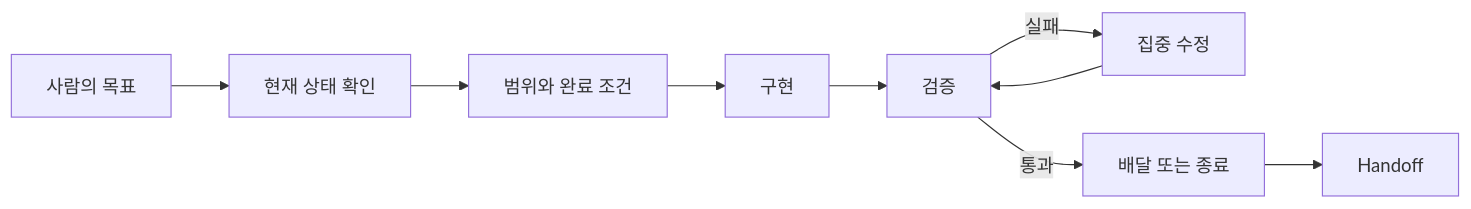
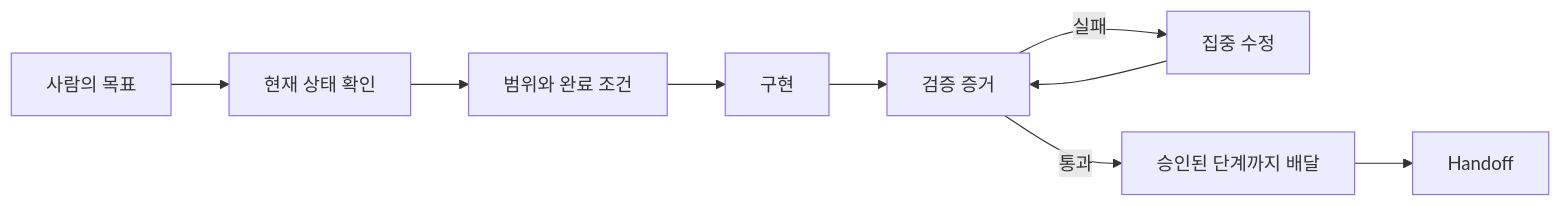
Before and after one commit to hjung3113/how-i-use-llm-agents: the diagram in README.md, drawn with Mermaid. The commit also changed other lines of this file and 38 other files, not shown here.

````diff
--- a/README.md
+++ b/README.md
@@ -20,11 +30,11 @@
 ```mermaid
 flowchart LR
     A[사람의 목표] --> B[현재 상태 확인]
     B --> C[범위와 완료 조건]
     C --> D[구현]
-    D --> E[검증]
+    D --> E[검증 증거]
     E -->|실패| F[집중 수정]
     F --> E
-    E -->|통과| G[배달 또는 종료]
+    E -->|통과| G[승인된 단계까지 배달]
     G --> H[Handoff]
 ```
````
